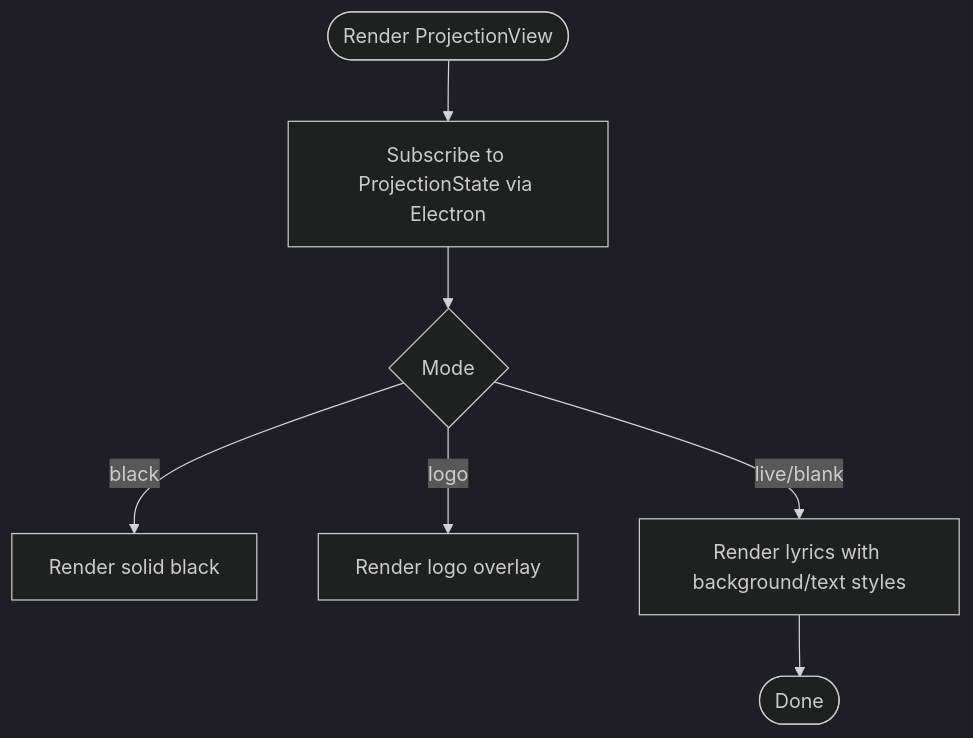
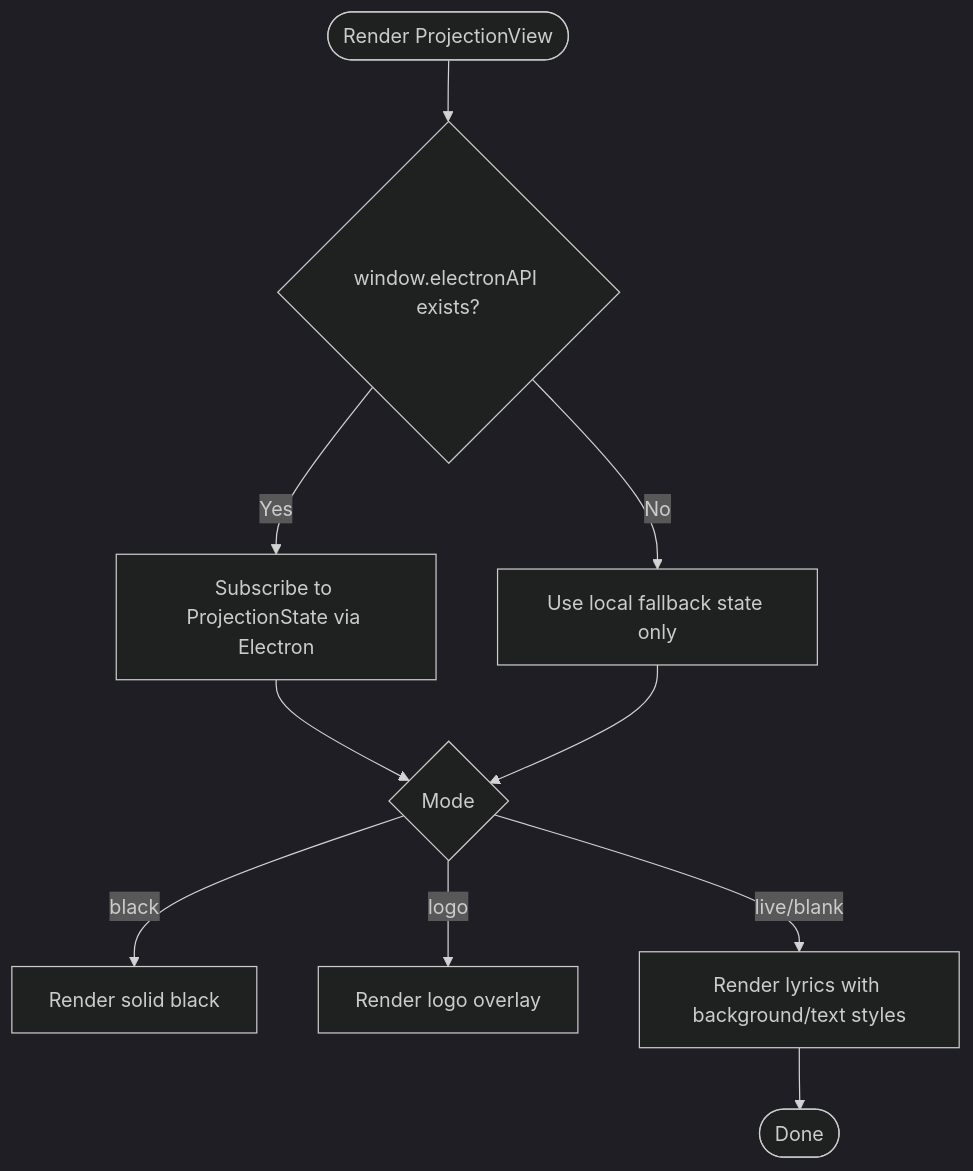
The eighth of 11 diagrams in .qoder/repowiki/en/content/API Reference/Component Interface API.md (jimmywyk/lyricdeck), drawn with Mermaid (dark theme) before and after one commit. The commit also changed other lines of this file and 9 other files, not shown here.

````diff
--- a/.qoder/repowiki/en/content/API Reference/Component Interface API.md
+++ b/.qoder/repowiki/en/content/API Reference/Component Interface API.md
@@ -423,9 +442,12 @@
 ```mermaid
 flowchart TD
-Start(["Render ProjectionView"]) --> Subscribe["Subscribe to ProjectionState via Electron"]
+Start(["Render ProjectionView"]) --> CheckAPI{"window.electronAPI exists?"}
+CheckAPI --> |Yes| Subscribe["Subscribe to ProjectionState via Electron"]
+CheckAPI --> |No| Fallback["Use local fallback state only"]
 Subscribe --> Mode{"Mode"}
+Fallback --> Mode
 Mode --> |black| Black["Render solid black"]
 Mode --> |logo| Logo["Render logo overlay"]
 Mode --> |live/blank| Content["Render lyrics with background/text styles"]
 Content --> End(["Done"])
 ```
````
